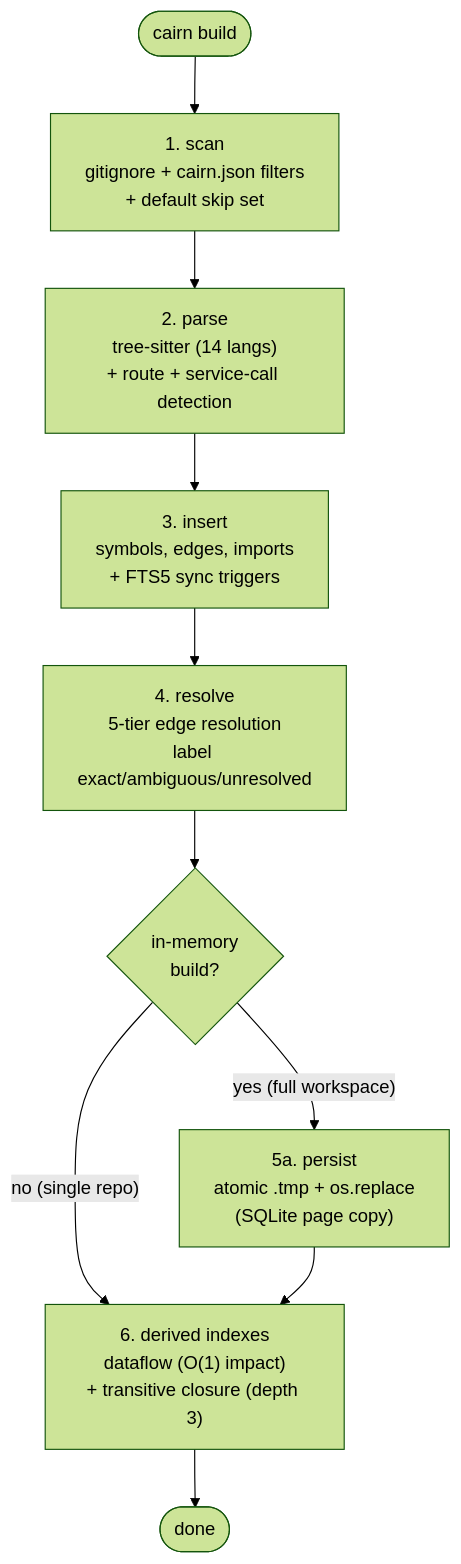
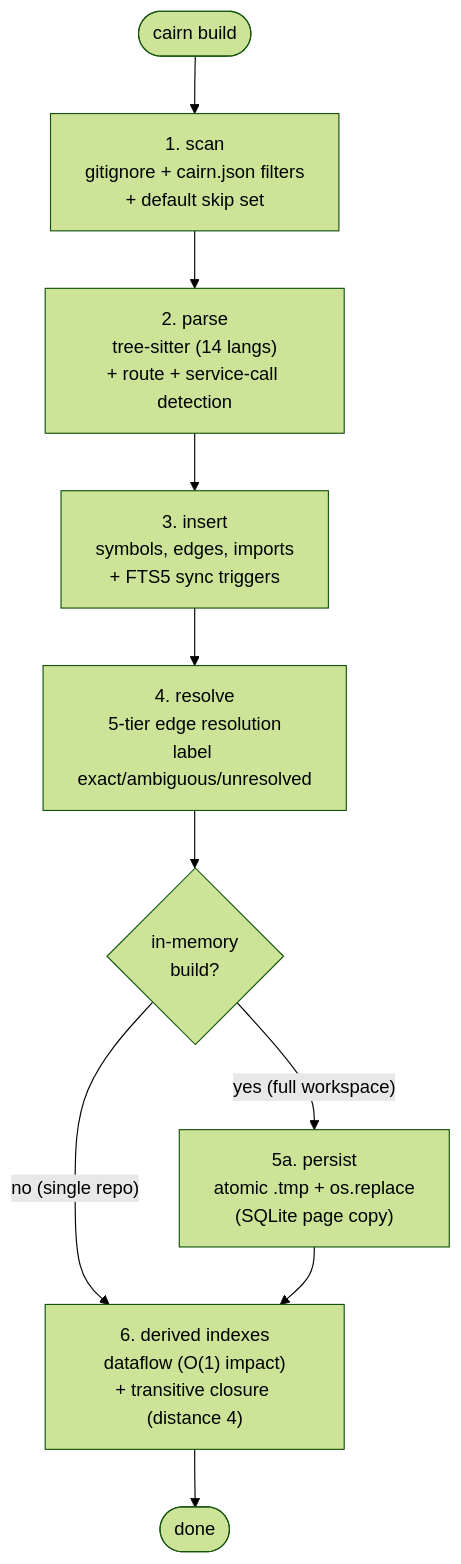
Before and after one commit to tanlnm512/cairn: the fourth of 11 diagrams in docs/architecture-overview.md, drawn with Mermaid (forest theme). The commit also changed other lines of this file and 12 other files, not shown here.

First line of the commit message:
docs: fix layer-count and closure-depth drift (strict re-audit)

````diff
--- a/docs/architecture-overview.md
+++ b/docs/architecture-overview.md
@@ -150,12 +150,12 @@
 ```mermaid
 flowchart TB
     START([cairn build]) --> SCAN["1. scan<br/>gitignore + cairn.json filters<br/>+ default skip set"]
     SCAN --> PARSE["2. parse<br/>tree-sitter (14 langs)<br/>+ route + service-call detection"]
     PARSE --> INSERT["3. insert<br/>symbols, edges, imports<br/>+ FTS5 sync triggers"]
     INSERT --> RESOLVE["4. resolve<br/>5-tier edge resolution<br/>label exact/ambiguous/unresolved"]
     RESOLVE --> PERSIST{in-memory<br/>build?}
     PERSIST -- "yes (full workspace)" --> SWAP["5a. persist<br/>atomic .tmp + os.replace<br/>(SQLite page copy)"]
     PERSIST -- "no (single repo)" --> DERIVED
-    SWAP --> DERIVED["6. derived indexes<br/>dataflow (O(1) impact)<br/>+ transitive closure (depth 3)"]
+    SWAP --> DERIVED["6. derived indexes<br/>dataflow (O(1) impact)<br/>+ transitive closure (distance 4)"]
     DERIVED --> DONE([done])
 ```
````
